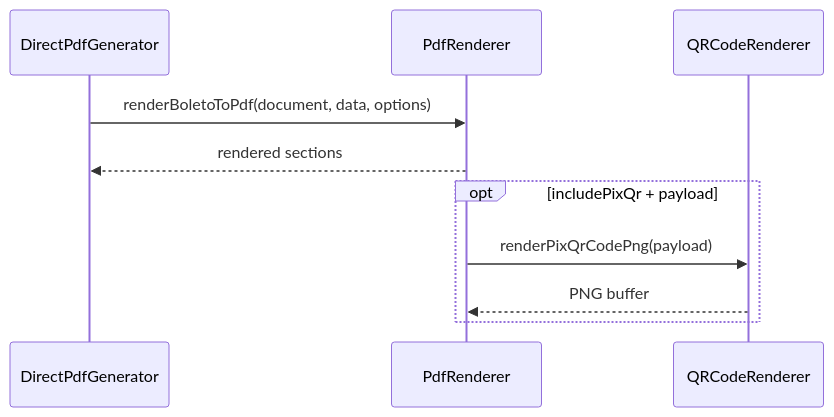
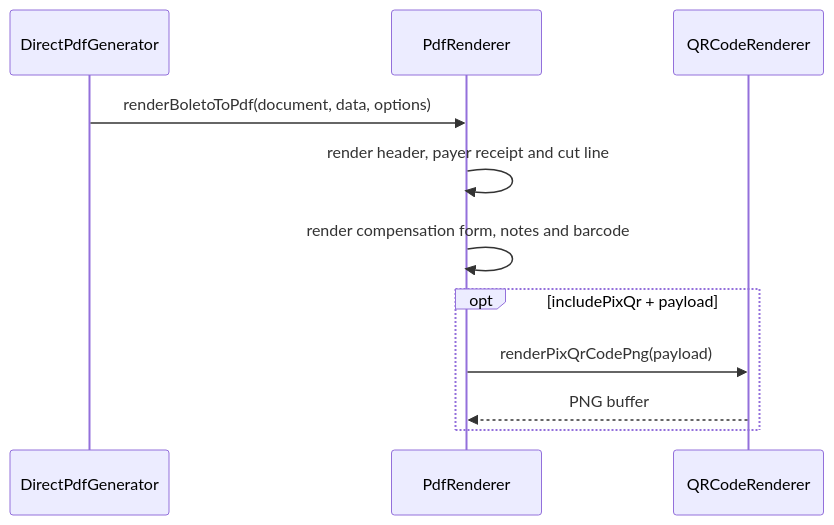
The diagram in src/generators/pdf/PdfRenderer.doc.md (linkiez/BoletoSDK), drawn with Mermaid before and after one commit. The commit also changed other lines of this file and 7 other files, not shown here.

````diff
--- a/src/generators/pdf/PdfRenderer.doc.md
+++ b/src/generators/pdf/PdfRenderer.doc.md
@@ -34,12 +59,13 @@
 ```mermaid
 sequenceDiagram
   participant Caller as DirectPdfGenerator
   participant Renderer as PdfRenderer
   participant QR as QRCodeRenderer
   Caller->>Renderer: renderBoletoToPdf(document, data, options)
-  Renderer-->>Caller: rendered sections
+  Renderer->>Renderer: render header, payer receipt and cut line
+  Renderer->>Renderer: render compensation form, notes and barcode
   opt includePixQr + payload
     Renderer->>QR: renderPixQrCodePng(payload)
     QR-->>Renderer: PNG buffer
   end
 ```
````
